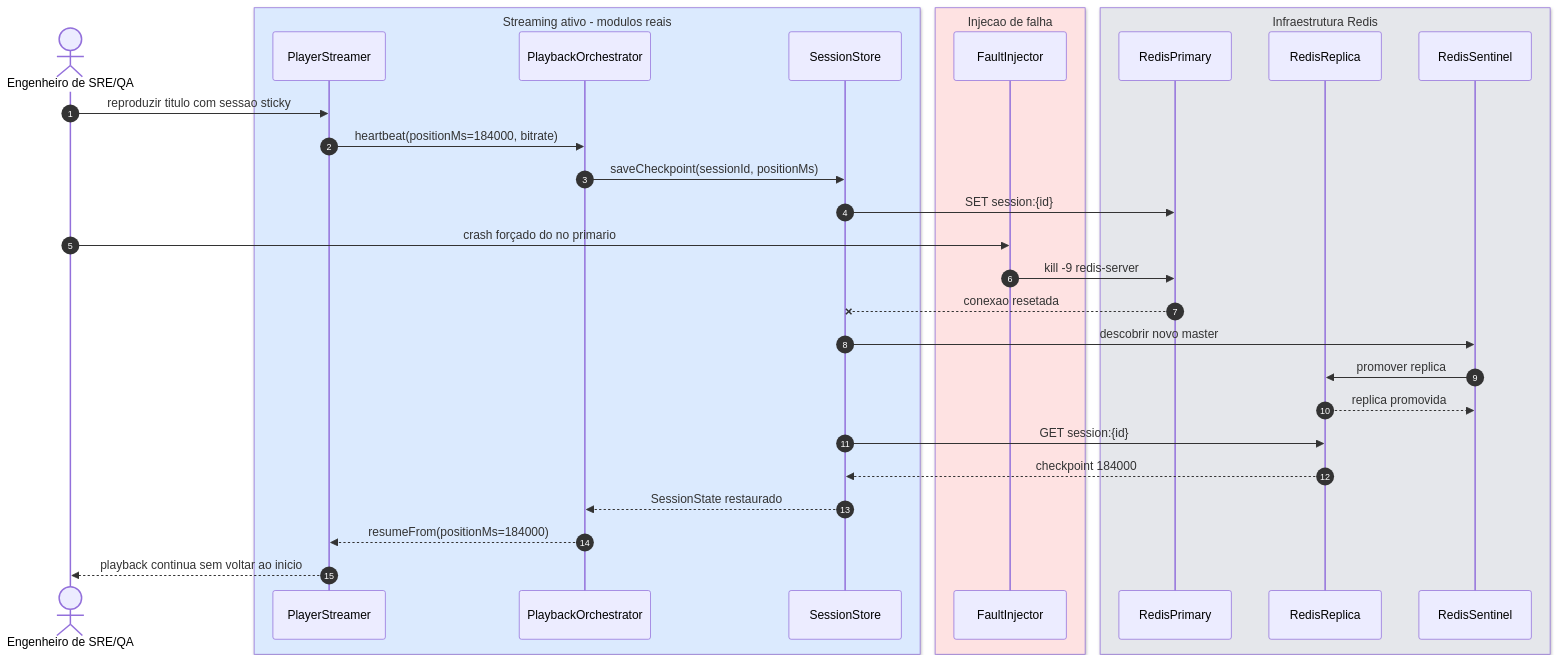
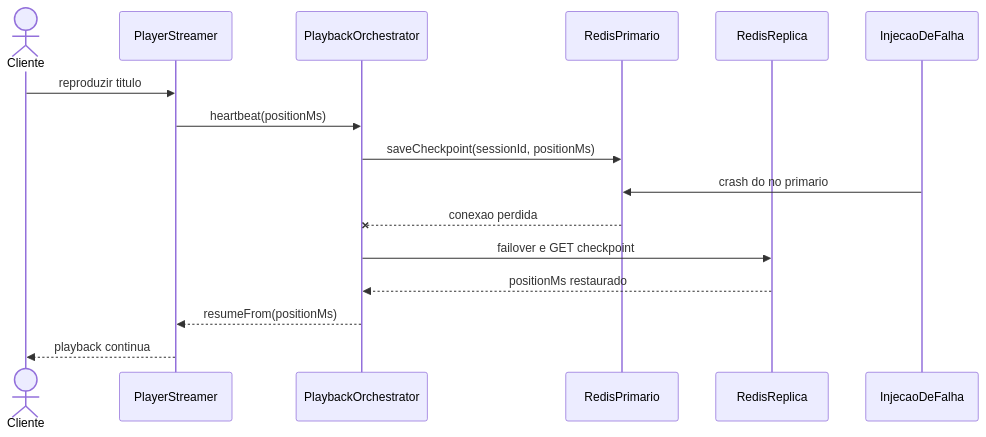
Before and after one commit to DiogoBAguiar/atividade-testes-software: diagram 20 of 27 in README.md, drawn with Mermaid. The commit also changed other lines of this file and 27 other files, not shown here.

First line of the commit message:
Alinhar diagramas ao padrão UML do Laboratório 02.

````diff
--- a/README.md
+++ b/README.md
@@ -831,39 +754,19 @@
 ```mermaid
 sequenceDiagram
-    autonumber
-    actor QA as Engenheiro de SRE/QA
+    actor Cliente
+    participant App as PlayerStreamer
+    participant Orq as PlaybackOrchestrator
+    participant Primario as RedisPrimario
+    participant Replica as RedisReplica
+    participant Inj as InjecaoDeFalha
 
-    box rgb(219,234,254) Streaming ativo - modulos reais
-        participant PL as PlayerStreamer
-        participant OR as PlaybackOrchestrator
-        participant SES as SessionStore
-    end
-
-    box rgb(254,226,226) Injecao de falha
-        participant INJ as FaultInjector
-    end
-
-    box rgb(229,231,235) Infraestrutura Redis
-        participant RP as RedisPrimary
-        participant RS as RedisReplica
-        participant SENT as RedisSentinel
-    end
-
-    QA->>PL: reproduzir titulo com sessao sticky
-    PL->>OR: heartbeat(positionMs=184000, bitrate)
-    OR->>SES: saveCheckpoint(sessionId, positionMs)
-    SES->>RP: SET session:{id}
-
-    QA->>INJ: crash forçado do no primario
-    INJ->>RP: kill -9 redis-server
-    RP--x SES: conexao resetada
-
-    SES->>SENT: descobrir novo master
-    SENT->>RS: promover replica
-    RS-->>SENT: replica promovida
-    SES->>RS: GET session:{id}
-    RS-->>SES: checkpoint 184000
-    SES-->>OR: SessionState restaurado
-    OR-->>PL: resumeFrom(positionMs=184000)
-    PL-->>QA: playback continua sem voltar ao inicio
+    Cliente->>App: reproduzir titulo
+    App->>Orq: heartbeat(positionMs)
+    Orq->>Primario: saveCheckpoint(sessionId, positionMs)
+    Inj->>Primario: crash do no primario
+    Primario--xOrq: conexao perdida
+    Orq->>Replica: failover e GET checkpoint
+    Replica-->>Orq: positionMs restaurado
+    Orq-->>App: resumeFrom(positionMs)
+    App-->>Cliente: playback continua
 ```
````
